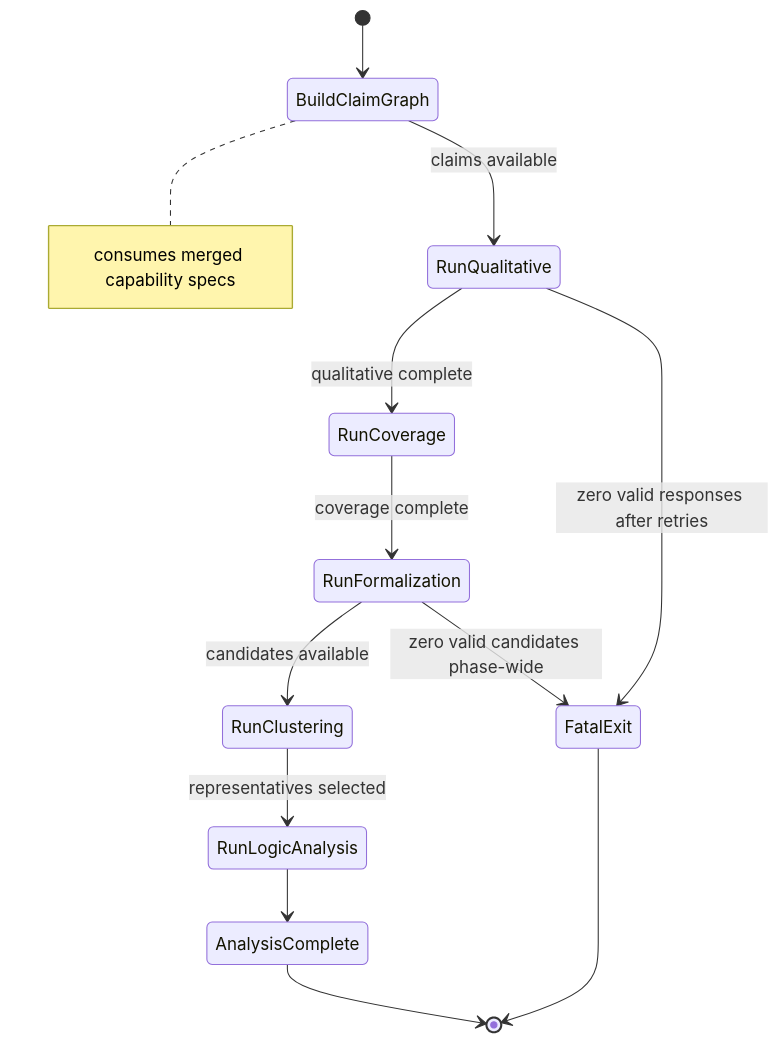
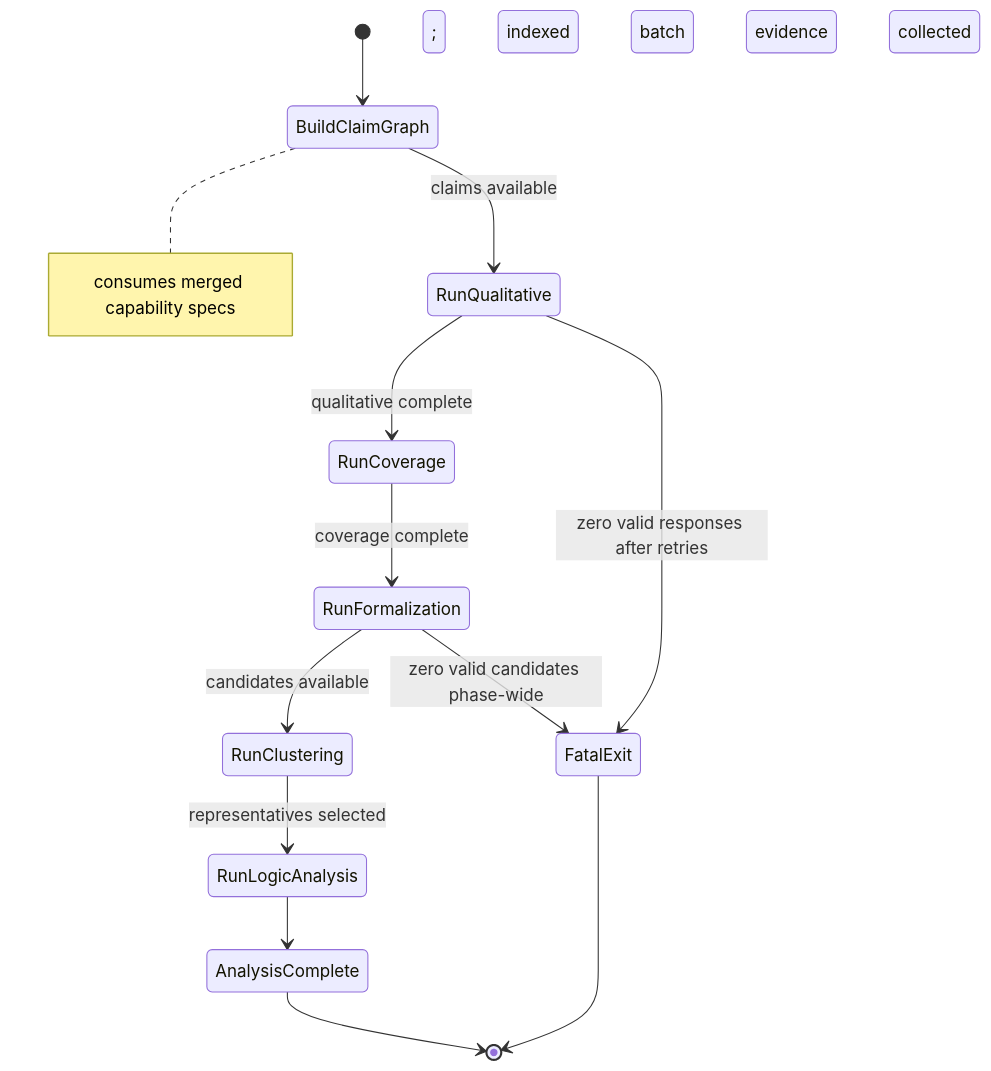
Before and after one commit to ohpauleez/spec-check: the sixth of 13 diagrams in docs/design.md, drawn with Mermaid. The commit also changed other lines of this file and 32 other files, not shown here.

````diff
--- a/docs/design.md
+++ b/docs/design.md
@@ -704,15 +720,15 @@
 ```mermaid
 stateDiagram-v2
     [*] --> BuildClaimGraph
     note right of BuildClaimGraph: consumes merged capability specs
     BuildClaimGraph --> RunQualitative: claims available
     RunQualitative --> RunCoverage: qualitative complete
     RunQualitative --> FatalExit: zero valid responses after retries
     RunCoverage --> RunFormalization: coverage complete
-    RunFormalization --> RunClustering: candidates available
+    RunFormalization --> RunClustering: candidates available; indexed batch evidence collected
     RunFormalization --> FatalExit: zero valid candidates phase-wide
     RunClustering --> RunLogicAnalysis: representatives selected
     RunLogicAnalysis --> AnalysisComplete
     AnalysisComplete --> [*]
     FatalExit --> [*]
 ```
````
